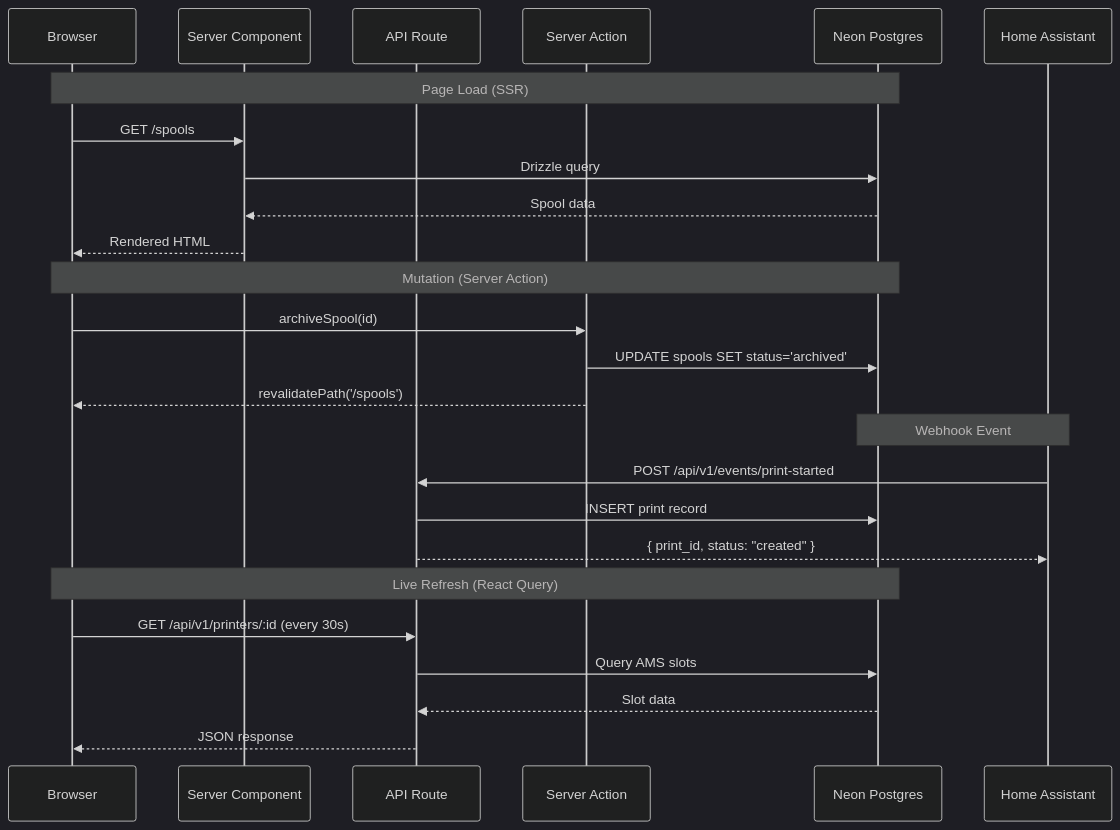
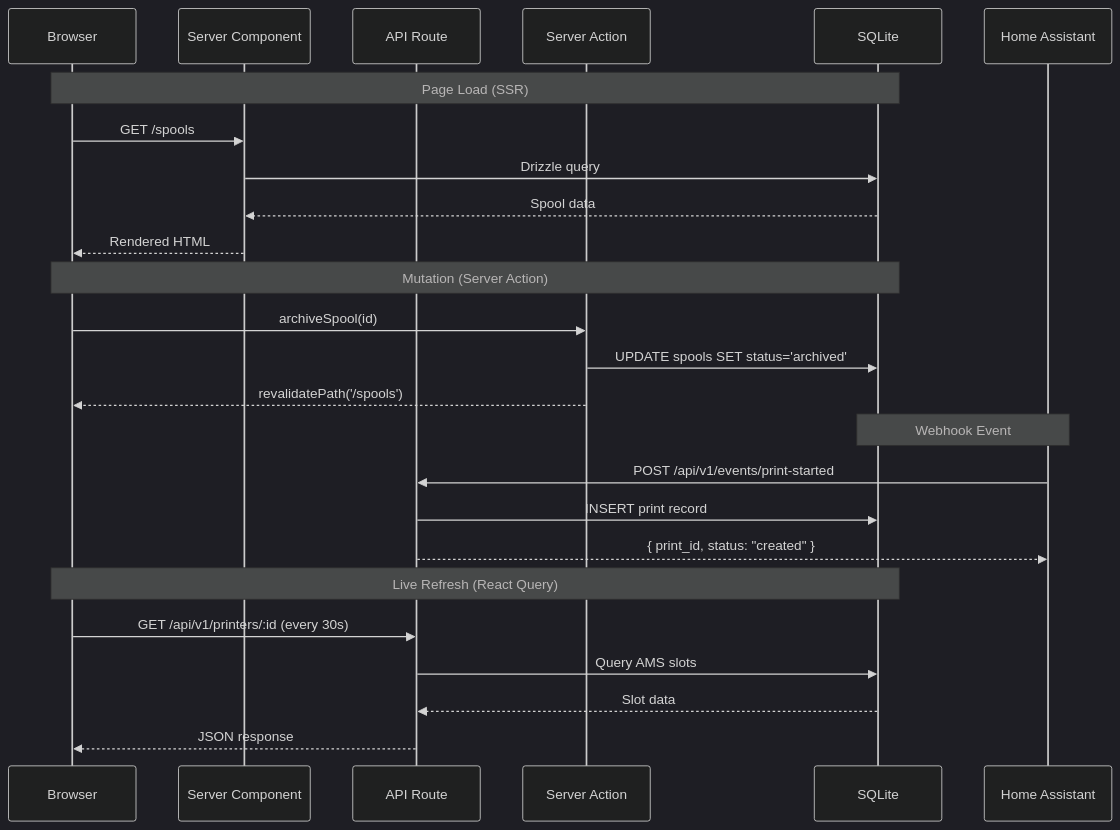
One commit to kbarthei/HASpoolManager changed the first of 3 diagrams in docs/architecture/overview.md. Above: the diagram before and after it, drawn with Mermaid (dark theme). The commit also changed 18 other files, not shown here.

````diff
--- a/docs/architecture/overview.md
+++ b/docs/architecture/overview.md
@@ -9,31 +9,31 @@
 ```mermaid
 sequenceDiagram
     participant User as Browser
     participant SC as Server Component
     participant API as API Route
     participant SA as Server Action
-    participant DB as Neon Postgres
+    participant DB as SQLite
     participant HA as Home Assistant
 
     Note over User,DB: Page Load (SSR)
     User->>SC: GET /spools
     SC->>DB: Drizzle query
     DB-->>SC: Spool data
     SC-->>User: Rendered HTML
 
     Note over User,DB: Mutation (Server Action)
     User->>SA: archiveSpool(id)
     SA->>DB: UPDATE spools SET status='archived'
     SA-->>User: revalidatePath('/spools')
 
     Note over HA,DB: Webhook Event
     HA->>API: POST /api/v1/events/print-started
     API->>DB: INSERT print record
     API-->>HA: { print_id, status: "created" }
 
     Note over User,DB: Live Refresh (React Query)
     User->>API: GET /api/v1/printers/:id (every 30s)
     API->>DB: Query AMS slots
     DB-->>API: Slot data
     API-->>User: JSON response
 ```
````
